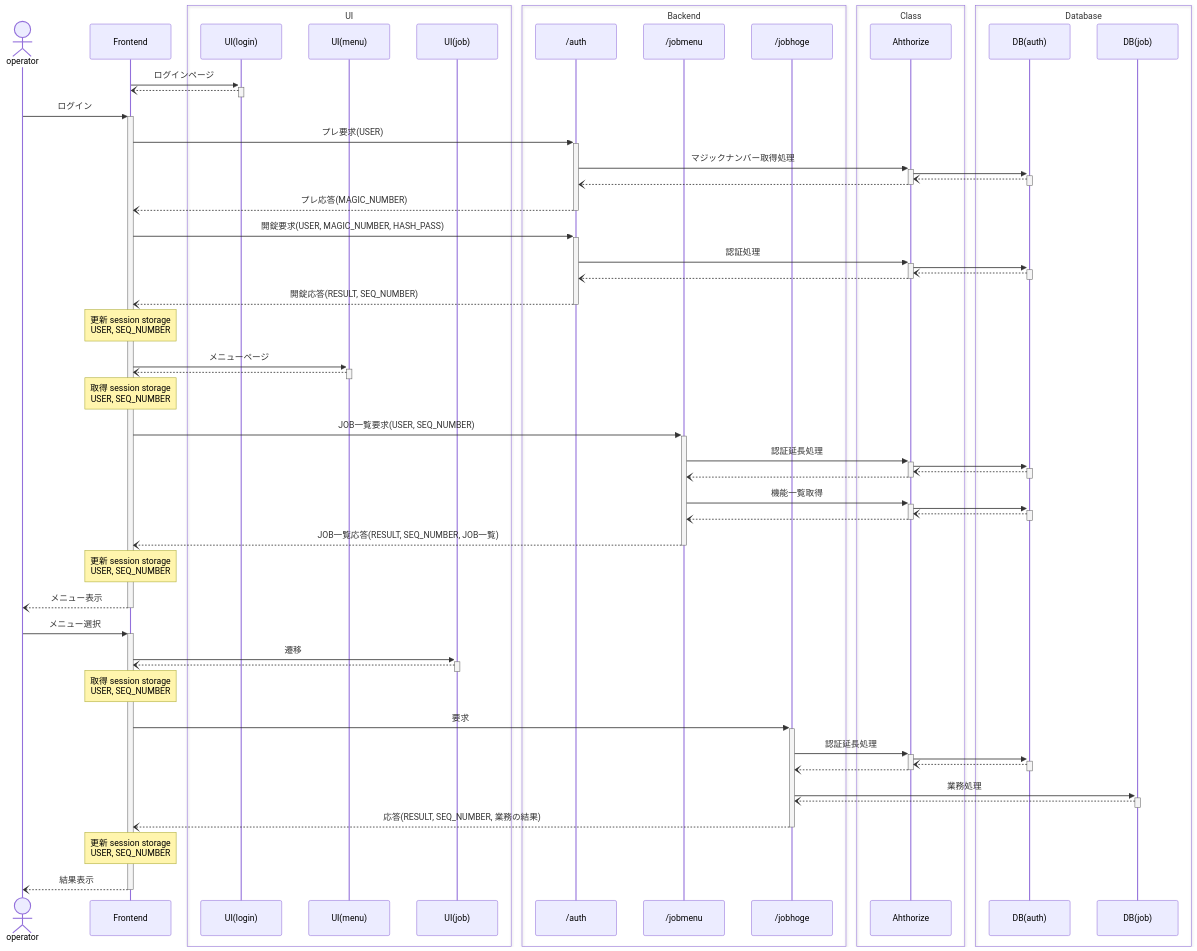
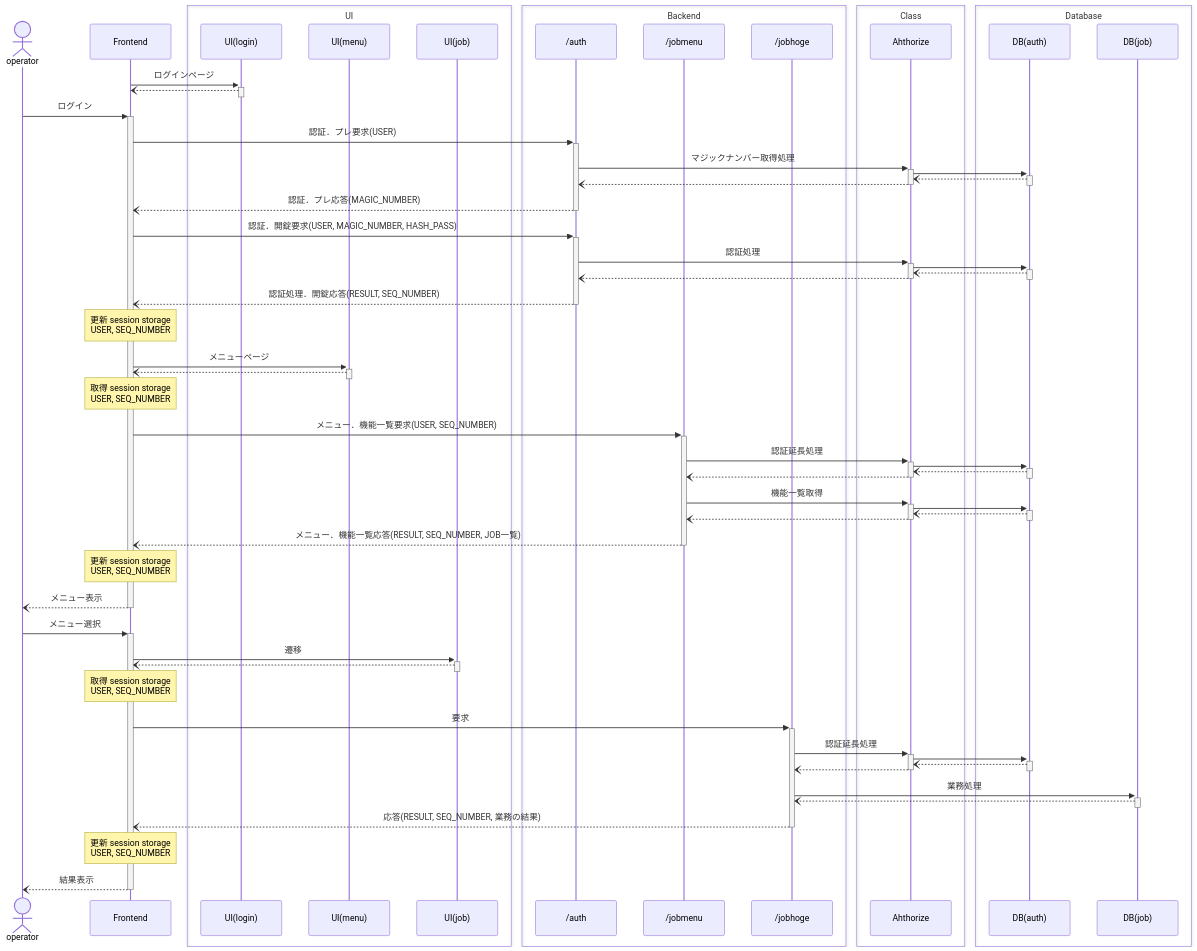
One commit to u1tym/specifications changed the diagram in document/01_authentication_sequence.md. Above: the diagram before and after it, drawn with Mermaid. The commit also changed 1 other file, not shown here.

Commit message:
更新

````diff
--- a/document/01_authentication_sequence.md
+++ b/document/01_authentication_sequence.md
@@ -4,76 +4,76 @@
 ```mermaid
 sequenceDiagram
   actor HM as operator
   participant FR as Frontend
 
   box UI
     participant LG as UI(login)
     participant MN as UI(menu)
     participant JB as UI(job)
   end
 
   box Backend
     participant BA as /auth
     participant BM as /jobmenu
     participant BJ as /jobhoge
   end
 
   box Class
     participant CA as Ahthorize
   end
 
   box Database
     participant DA as DB(auth)
     participant DJ as DB(job)
   end
 
   FR ->>+ LG: ログインページ
   LG --)- FR:
 
   HM ->>+ FR: ログイン
-  FR ->>+ BA: プレ要求(USER)
+  FR ->>+ BA: 認証．プレ要求(USER)
   BA ->>+ CA: マジックナンバー取得処理
   CA ->>+ DA:
   DA --)- CA:
   CA --)- BA:
-  BA --)- FR: プレ応答(MAGIC_NUMBER)
+  BA --)- FR: 認証．プレ応答(MAGIC_NUMBER)
 
-  FR ->>+ BA: 開錠要求(USER, MAGIC_NUMBER, HASH_PASS)
+  FR ->>+ BA: 認証．開錠要求(USER, MAGIC_NUMBER, HASH_PASS)
   BA ->>+ CA: 認証処理
   CA ->>+ DA:
   DA --)- CA:
   CA --)- BA:
-  BA --)- FR: 開錠応答(RESULT, SEQ_NUMBER)
+  BA --)- FR: 認証処理．開錠応答(RESULT, SEQ_NUMBER)
   note over FR: 更新 session storage<br>USER, SEQ_NUMBER
 
   FR ->>+ MN: メニューページ
   MN --)- FR:
   note over FR: 取得 session storage<br>USER, SEQ_NUMBER
-  FR ->>+ BM: JOB一覧要求(USER, SEQ_NUMBER)
+  FR ->>+ BM: メニュー．機能一覧要求(USER, SEQ_NUMBER)
   BM ->>+ CA: 認証延長処理
   CA ->>+ DA:
   DA --)- CA:
   CA --)- BM:
   BM ->>+ CA: 機能一覧取得
   CA ->>+ DA:
   DA --)- CA:
   CA --)- BM:
-  BM --)- FR: JOB一覧応答(RESULT, SEQ_NUMBER, JOB一覧)
+  BM --)- FR: メニュー．機能一覧応答(RESULT, SEQ_NUMBER, JOB一覧)
   note over FR: 更新 session storage<br>USER, SEQ_NUMBER
   FR --)- HM: メニュー表示
 
   HM ->>+ FR: メニュー選択
   FR ->>+ JB: 遷移
   JB --)- FR:
   note over FR: 取得 session storage<br>USER, SEQ_NUMBER
   FR ->>+ BJ: 要求
   BJ ->>+ CA: 認証延長処理
   CA ->>+ DA:
   DA --)- CA:
   CA --)- BJ:
   BJ ->>+ DJ: 業務処理
   DJ --)- BJ:
   BJ --)- FR: 応答(RESULT, SEQ_NUMBER, 業務の結果)
   note over FR: 更新 session storage<br>USER, SEQ_NUMBER
   FR --)- HM: 結果表示
 ```
````
